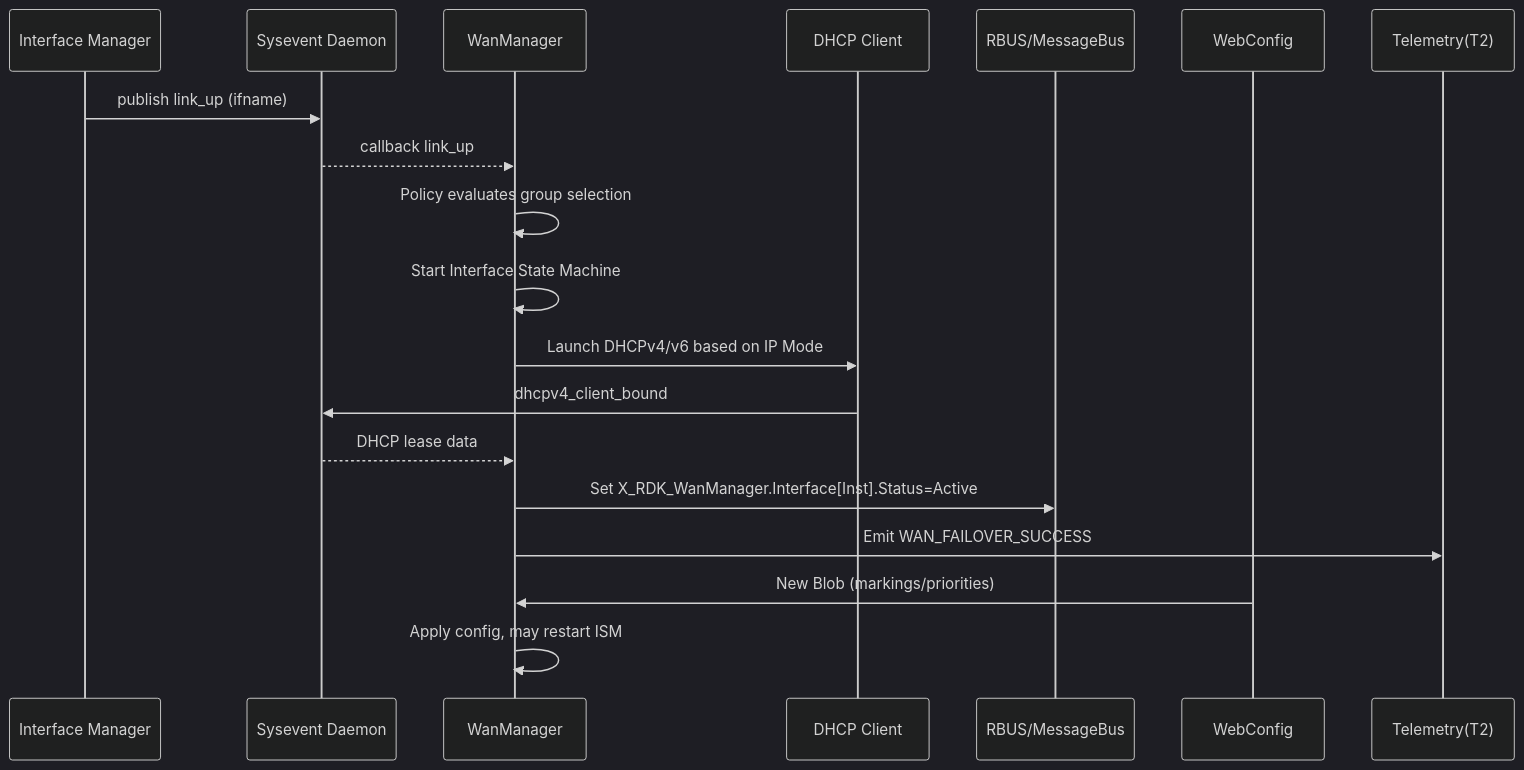
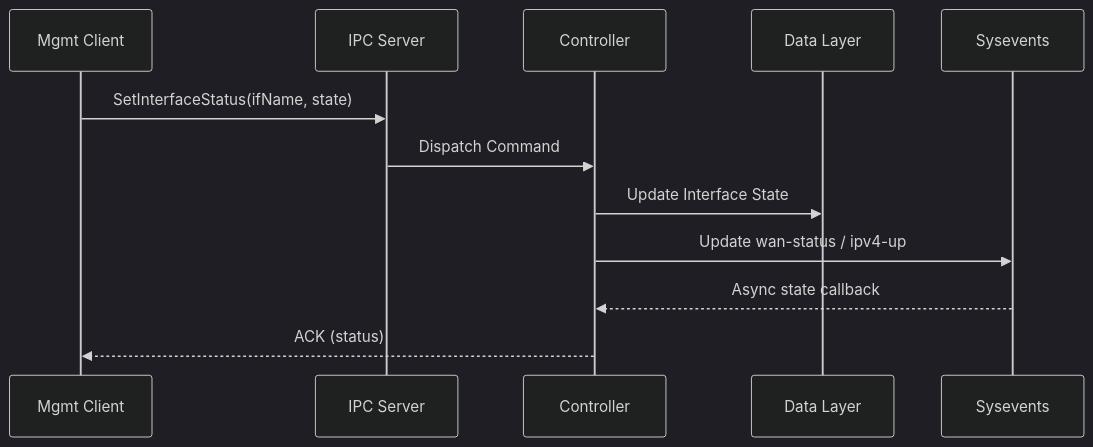
One commit to rns21/RDK_Documentation changed the sixth of 6 diagrams in docs/docu/WANMgr_GPT5_2609.md. Above: the diagram before and after it, drawn with Mermaid (dark theme). The commit also changed other lines of this file and 19 other files, not shown here.

Commit message:
Adding first set of updated documentation with data, as well as some UI enhancements

````diff
--- a/docs/docu/WANMgr_GPT5_2609.md
+++ b/docs/docu/WANMgr_GPT5_2609.md
@@ -230,22 +243,14 @@
 ```mermaid
 sequenceDiagram
-    participant IfMgr as Interface Manager
-    participant Sysevent as Sysevent Daemon
-    participant Wan as WanManager
-    participant DHCPc as DHCP Client
-    participant RBUS as RBUS/MessageBus
-    participant WebCfg as WebConfig
-    participant T2 as Telemetry(T2)
-
-    IfMgr->>Sysevent: publish link_up (ifname)
-    Sysevent-->>Wan: callback link_up
-    Wan->>Wan: Policy evaluates group selection
-    Wan->>Wan: Start Interface State Machine
-    Wan->>DHCPc: Launch DHCPv4/v6 based on IP Mode
-    DHCPc->>Sysevent: dhcpv4_client_bound
-    Sysevent-->>Wan: DHCP lease data
-    Wan->>RBUS: Set X_RDK_WanManager.Interface[Inst].Status=Active
-    Wan->>T2: Emit WAN_FAILOVER_SUCCESS
-    WebCfg->>Wan: New Blob (markings/priorities)
-    Wan->>Wan: Apply config, may restart ISM
+    participant Client as Mgmt Client
+    participant IPC as IPC Server
+    participant Ctrl as Controller
+    participant Data as Data Layer
+    participant SysEv as Sysevents
+    Client->>IPC: SetInterfaceStatus(ifName, state)
+    IPC->>Ctrl: Dispatch Command
+    Ctrl->>Data: Update Interface State
+    Ctrl->>SysEv: Update wan-status / ipv4-up
+    SysEv-->>Ctrl: Async state callback
+    Ctrl-->>Client: ACK (status)
 ```
````
